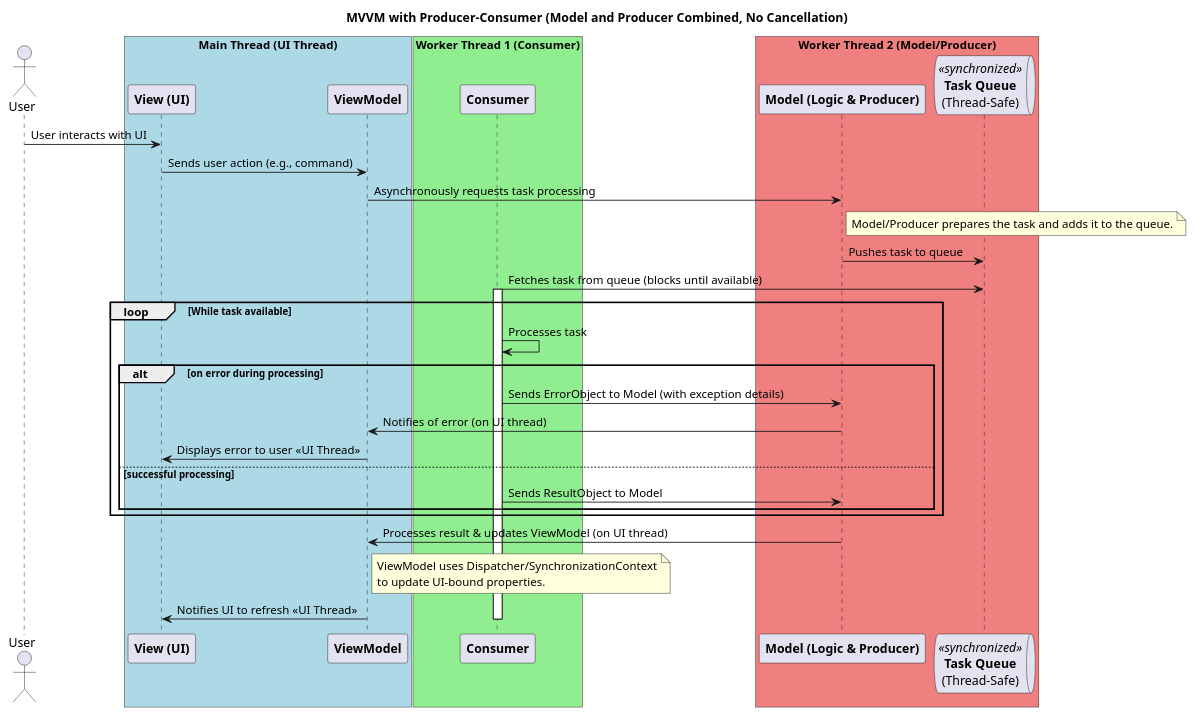
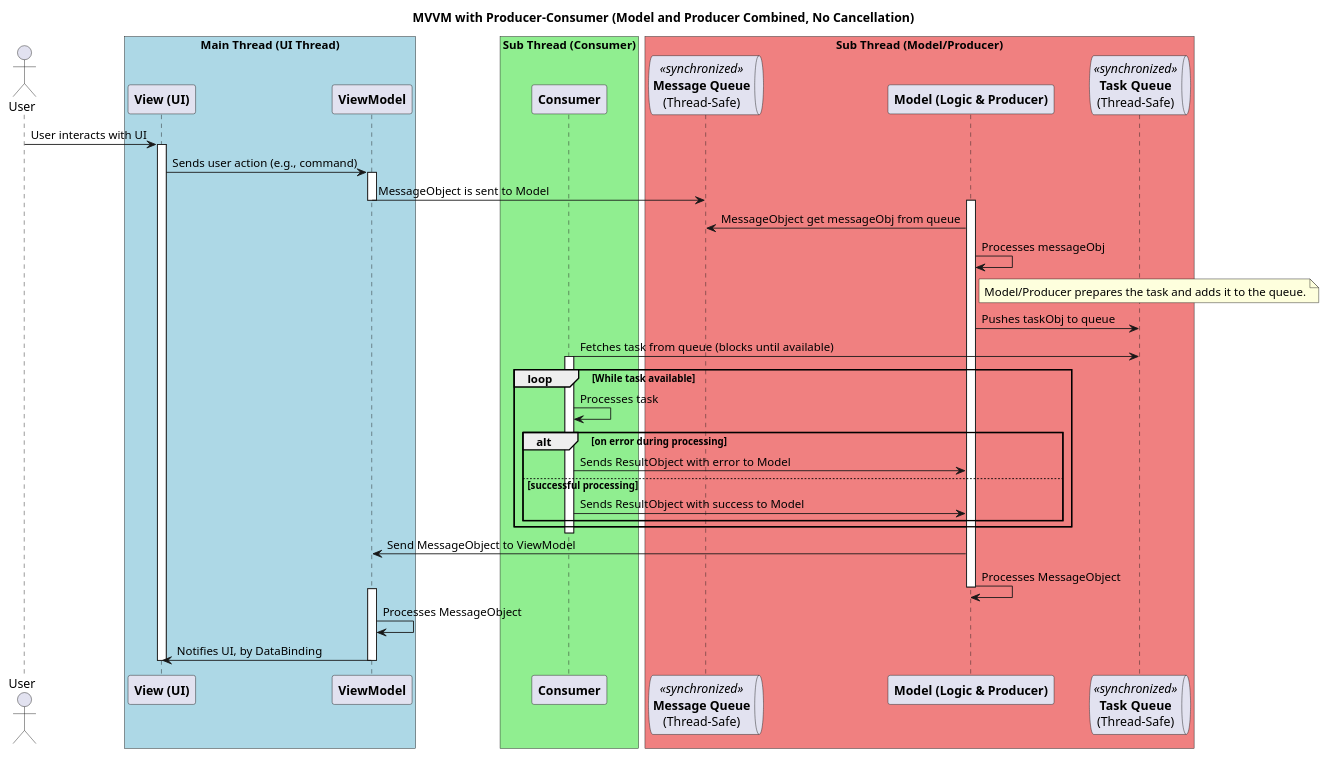
One commit to anhembedded/RsLazyApp changed the diagram in design/uml/generalSequence.plantuml. Above: the diagram before and after it, drawn with PlantUML. The commit also changed 5 other files, not shown here.

Commit message:
update sequence diagram

```diff
--- a/design/uml/generalSequence.plantuml
+++ b/design/uml/generalSequence.plantuml
@@ -1,48 +1,58 @@
-@startuml MVVM_Model_Producer_Combined_No_Cancellation_Queue
+@startuml
 title **MVVM with Producer-Consumer (Model and Producer Combined, No Cancellation)**
 
 actor "User" as U
 
 box "Main Thread (UI Thread)" #LightBlue
     participant "**View (UI)**" as V
     participant "**ViewModel**" as VM
 end box
 
-box "Worker Thread 1 (Consumer)" #LightGreen
+box "Sub Thread (Consumer)" #LightGreen
     participant "**Consumer**" as CS
 end box
 
-box "Worker Thread 2 (Model/Producer)" #LightCoral
+box "Sub Thread (Model/Producer)" #LightCoral
+    queue "**Message Queue**\n(Thread-Safe)" as MQ <<synchronized>>
     participant "**Model (Logic & Producer)**" as MP
     queue "**Task Queue**\n(Thread-Safe)" as TQ <<synchronized>>
 end box
 
 ' --- User Interaction & Task Creation ---
 U -> V: User interacts with UI
+activate V
 V -> VM: Sends user action (e.g., command)
-VM -> MP: Asynchronously requests task processing
+activate VM
+VM -> MQ: MessageObject is sent to Model
+deactivate VM
+activate MP
+MP -> MQ: MessageObject get messageObj from queue
+MP -> MP: Processes messageObj
+
 note right of MP: Model/Producer prepares the task and adds it to the queue.
 
-MP -> TQ: Pushes task to queue
+MP -> TQ: Pushes taskObj to queue
 
 ' --- Task Consumption & Processing ---
 CS -> TQ: Fetches task from queue (blocks until available)
 activate CS
 loop While task available
     CS -> CS: Processes task
     alt on error during processing
-        CS -> MP: Sends ErrorObject to Model (with exception details)
-        MP -> VM: Notifies of error (on UI thread)
-        VM -> V: Displays error to user <<UI Thread>>
+        CS -> MP: Sends ResultObject with error to Model
     else successful processing
-        CS -> MP: Sends ResultObject to Model
+        CS -> MP: Sends ResultObject with success to Model
     end
 end
-
-' --- Model Processing & UI Update ---
-MP -> VM: Processes result & updates ViewModel (on UI thread)
-note right of VM: ViewModel uses Dispatcher/SynchronizationContext\nto update UI-bound properties.
-VM -> V: Notifies UI to refresh <<UI Thread>>
 deactivate CS
 
+MP -> VM: Send MessageObject to ViewModel
+MP -> MP: Processes MessageObject
+deactivate MP
+activate VM
+VM -> VM: Processes MessageObject
+VM -> V: Notifies UI, by DataBinding
+deactivate VM
+deactivate V
+
 @enduml
```
